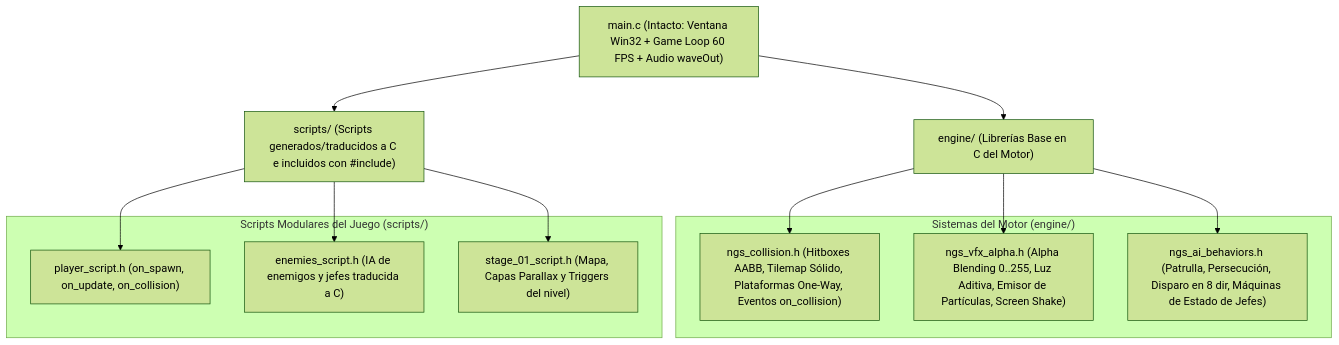
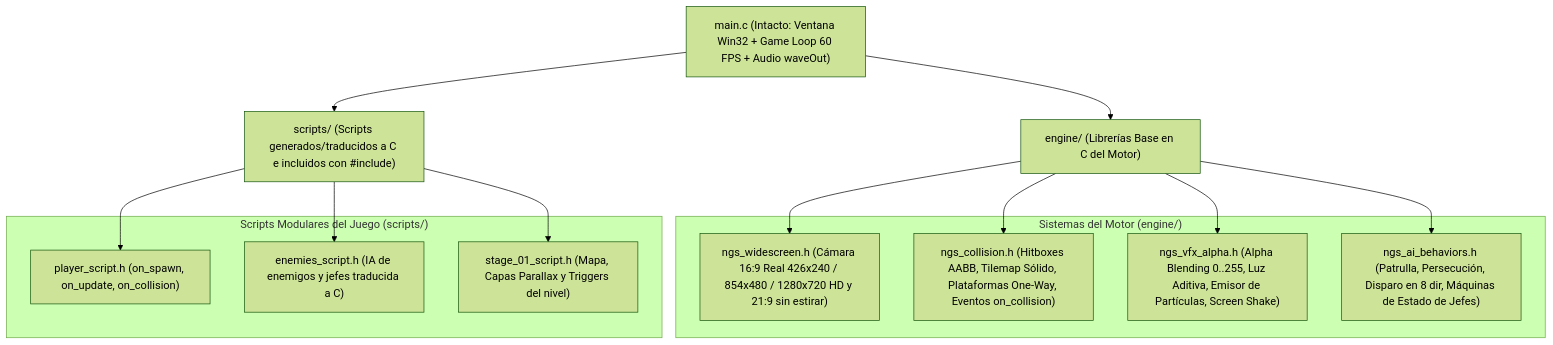
The fourth of 4 diagrams in PLAN_IMPLEMENTACION.md (iztaneo/NesGameStudio), drawn with Mermaid (forest theme) before and after one commit. The commit also changed other lines of this file and 1 other file, not shown here.

Commit message:
docs: Add native 16:9 / 21:9 Real Widescreen support to NesGameStudio plan

````diff
--- a/PLAN_IMPLEMENTACION.md
+++ b/PLAN_IMPLEMENTACION.md
@@ -150,24 +151,26 @@
 ```mermaid
 flowchart TD
     MAIN["main.c (Intacto: Ventana Win32 + Game Loop 60 FPS + Audio waveOut)"] --> ENG["engine/ (Librerías Base en C del Motor)"]
     MAIN --> SCR["scripts/ (Scripts generados/traducidos a C e incluidos con #include)"]
 
     subgraph Motores["Sistemas del Motor (engine/)"]
+        CAM["ngs_widescreen.h (Cámara 16:9 Real 426x240 / 854x480 / 1280x720 HD y 21:9 sin estirar)"]
         COL["ngs_collision.h (Hitboxes AABB, Tilemap Sólido, Plataformas One-Way, Eventos on_collision)"]
         VFX["ngs_vfx_alpha.h (Alpha Blending 0..255, Luz Aditiva, Emisor de Partículas, Screen Shake)"]
         AI["ngs_ai_behaviors.h (Patrulla, Persecución, Disparo en 8 dir, Máquinas de Estado de Jefes)"]
     end
 
     subgraph ScriptsJuego["Scripts Modulares del Juego (scripts/)"]
         S_PL["player_script.h (on_spawn, on_update, on_collision)"]
         S_EN["enemies_script.h (IA de enemigos y jefes traducida a C)"]
         S_ST["stage_01_script.h (Mapa, Capas Parallax y Triggers del nivel)"]
     end
 
+    ENG --> CAM
     ENG --> COL
     ENG --> VFX
     ENG --> AI
     SCR --> S_PL
     SCR --> S_EN
     SCR --> S_ST
 ```
````
